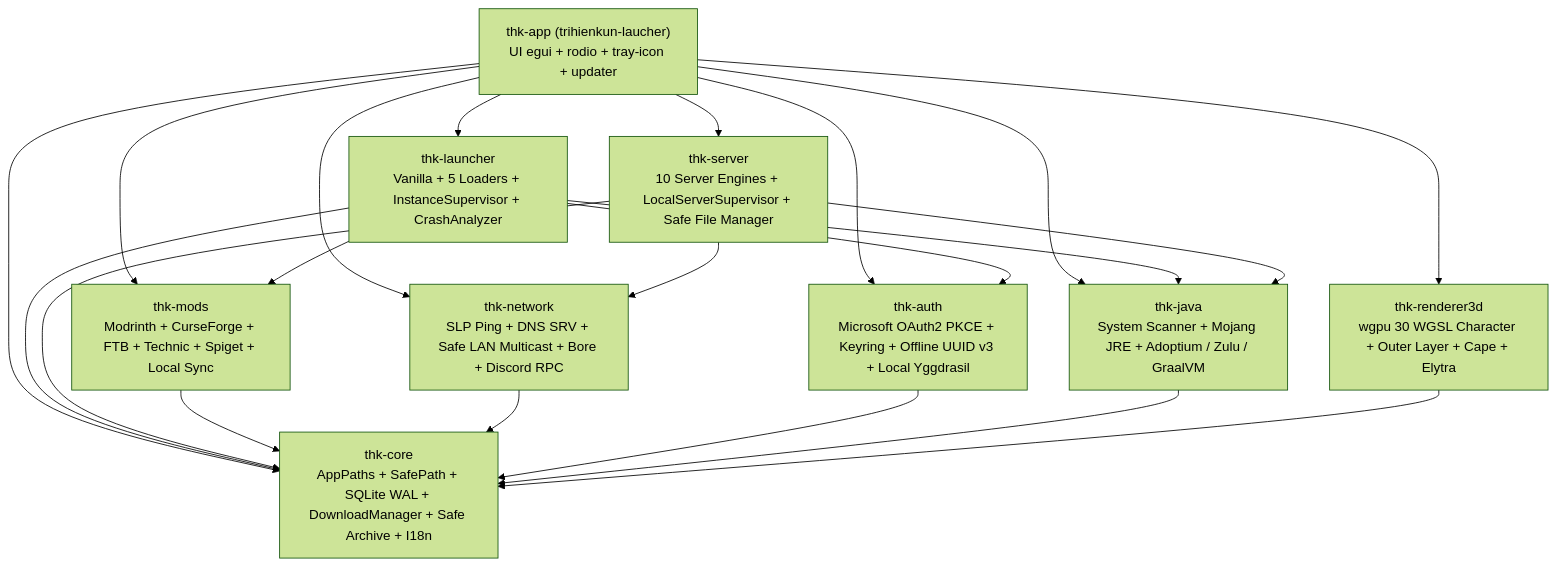
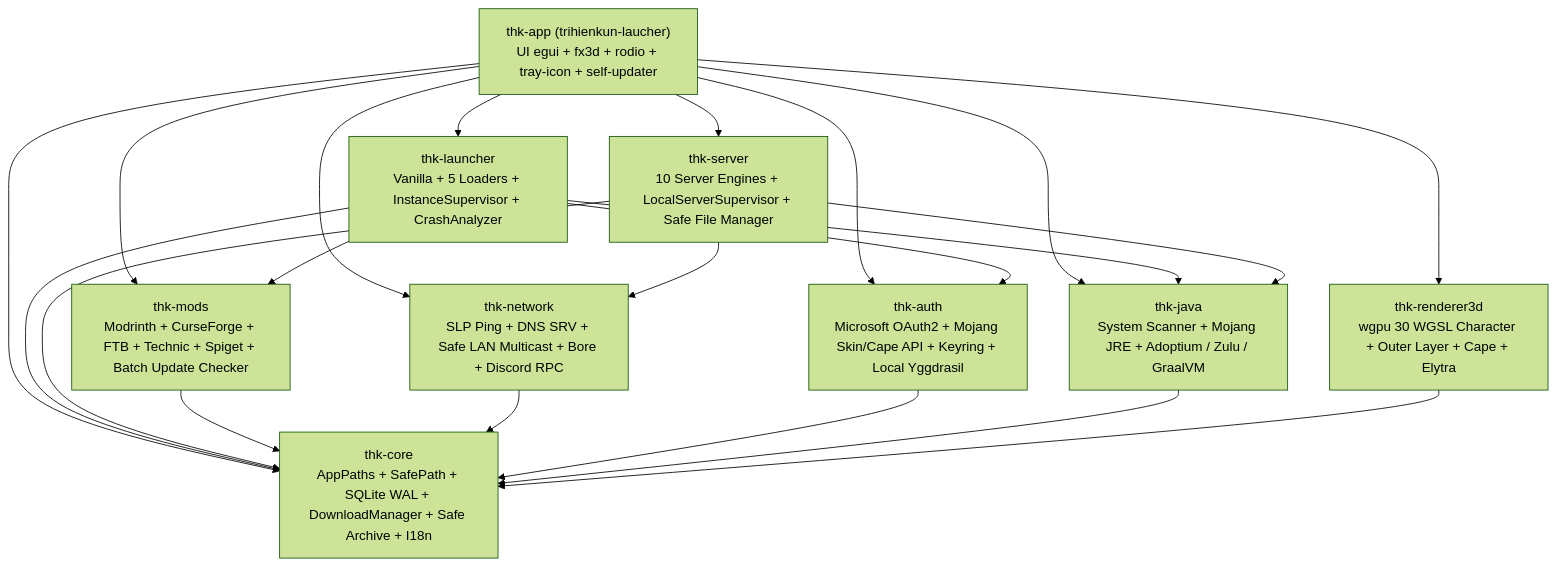
One commit to PhamTriHien/TriHienKun_Laucher changed the first of 2 diagrams in docs/ARCHITECTURE.md. Above: the diagram before and after it, drawn with Mermaid (forest theme). The commit also changed other lines of this file and 27 other files, not shown here.

Commit message:
feat: complete all 6 production pillars (Mojang Skin/Cape sync, 100% Vi/En i18n, Profile Files/Resolution/Duplicate/Batch Updates, Server Addons/Visual Props/History, Custom Accents/Cache/Priority, PE Icon & Self-Restart Updater)

````diff
--- a/docs/ARCHITECTURE.md
+++ b/docs/ARCHITECTURE.md
@@ -21,36 +21,36 @@
 ```mermaid
 flowchart TD
-    APP["thk-app (trihienkun-laucher)\nUI egui + rodio + tray-icon + updater"]
+    APP["thk-app (trihienkun-laucher)\nUI egui + fx3d + rodio + tray-icon + self-updater"]
     LAUNCHER["thk-launcher\nVanilla + 5 Loaders + InstanceSupervisor + CrashAnalyzer"]
     SERVER["thk-server\n10 Server Engines + LocalServerSupervisor + Safe File Manager"]
-    MODS["thk-mods\nModrinth + CurseForge + FTB + Technic + Spiget + Local Sync"]
+    MODS["thk-mods\nModrinth + CurseForge + FTB + Technic + Spiget + Batch Update Checker"]
     NETWORK["thk-network\nSLP Ping + DNS SRV + Safe LAN Multicast + Bore + Discord RPC"]
-    AUTH["thk-auth\nMicrosoft OAuth2 PKCE + Keyring + Offline UUID v3 + Local Yggdrasil"]
+    AUTH["thk-auth\nMicrosoft OAuth2 + Mojang Skin/Cape API + Keyring + Local Yggdrasil"]
     JAVA["thk-java\nSystem Scanner + Mojang JRE + Adoptium / Zulu / GraalVM"]
     RENDERER["thk-renderer3d\nwgpu 30 WGSL Character + Outer Layer + Cape + Elytra"]
     CORE["thk-core\nAppPaths + SafePath + SQLite WAL + DownloadManager + Safe Archive + I18n"]
 
     APP --> LAUNCHER
     APP --> SERVER
     APP --> MODS
     APP --> NETWORK
     APP --> AUTH
     APP --> JAVA
     APP --> RENDERER
     APP --> CORE
 
     LAUNCHER --> AUTH
     LAUNCHER --> JAVA
     LAUNCHER --> MODS
     LAUNCHER --> CORE
 
     SERVER --> JAVA
     SERVER --> NETWORK
     SERVER --> CORE
 
     MODS --> CORE
     NETWORK --> CORE
     AUTH --> CORE
     JAVA --> CORE
     RENDERER --> CORE
 ```
````
